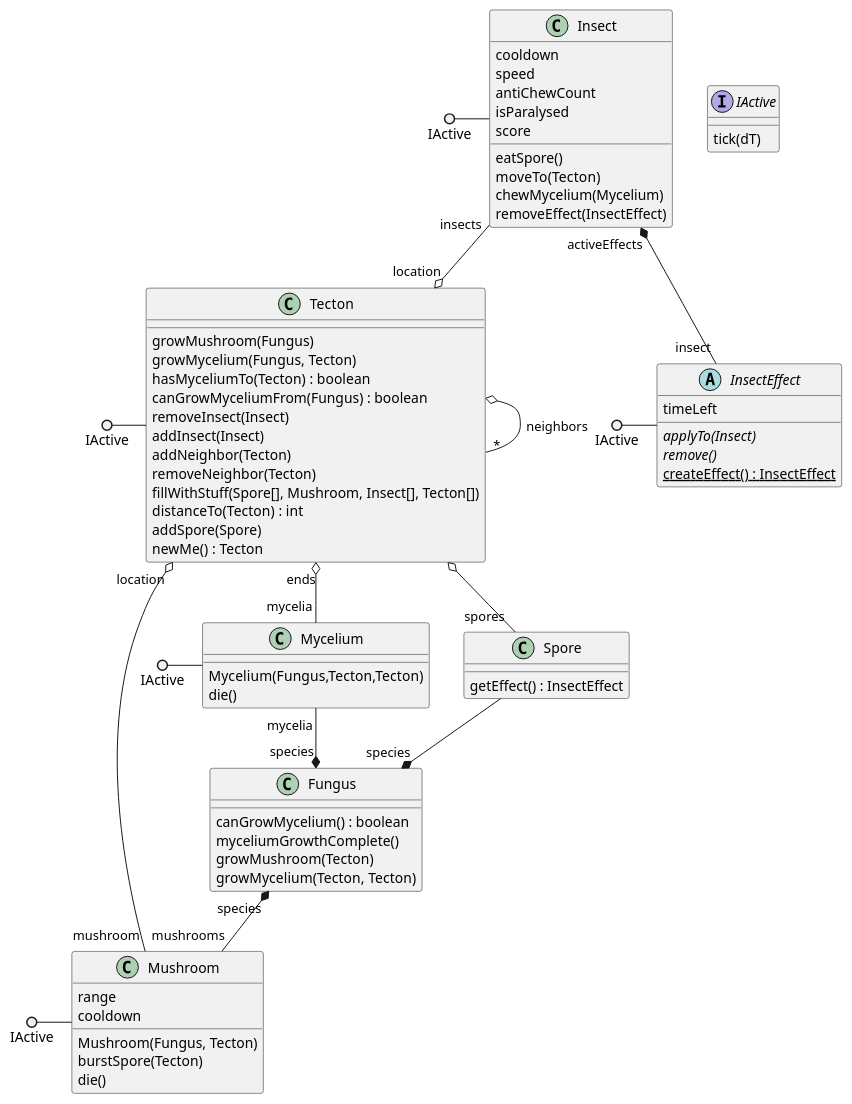
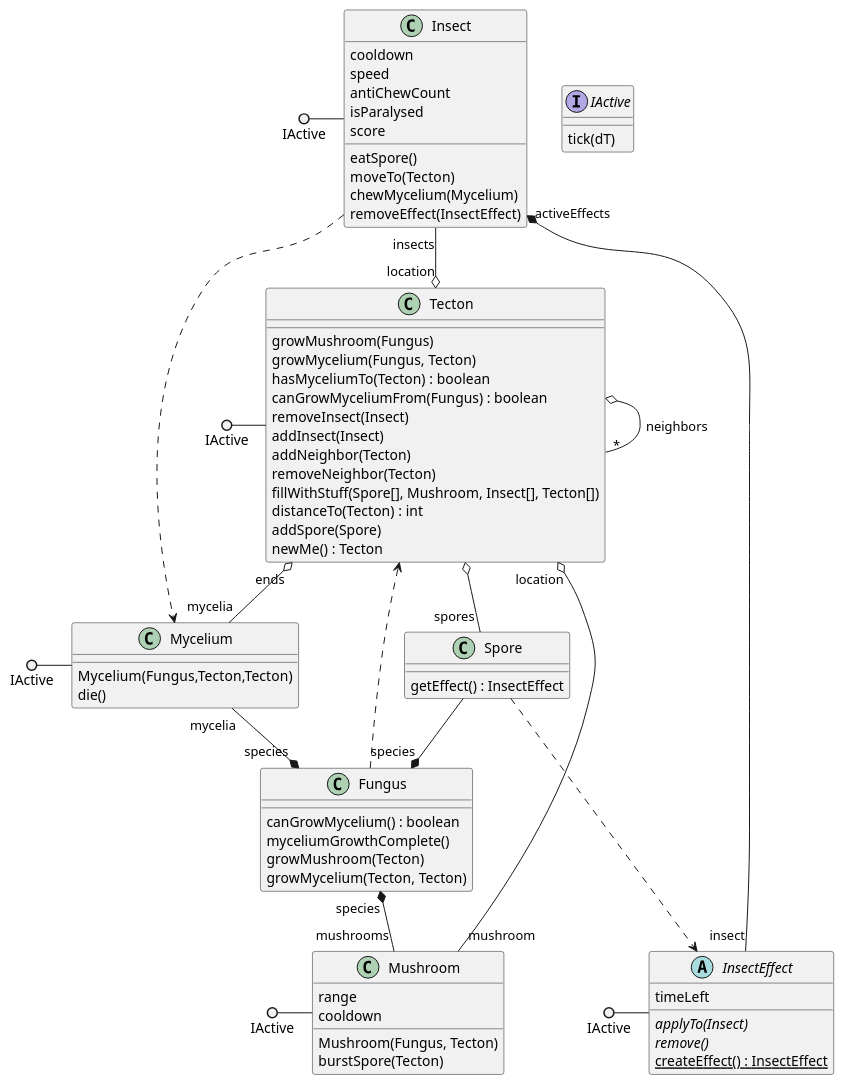
The diagram in classes.pu (ZD4ve/projlab-error521), drawn with PlantUML before and after one commit.

Commit message:
added dep to class diagram

```diff
--- a/classes.pu
+++ b/classes.pu
@@ -1,74 +1,77 @@
 @startuml classes
 interface IActive {
     tick(dT)
 }
 class Tecton {
     growMushroom(Fungus)
     growMycelium(Fungus, Tecton)
     hasMyceliumTo(Tecton) : boolean
     canGrowMyceliumFrom(Fungus) : boolean
     removeInsect(Insect)
     addInsect(Insect)
     addNeighbor(Tecton)
     removeNeighbor(Tecton)
     fillWithStuff(Spore[], Mushroom, Insect[], Tecton[])
     distanceTo(Tecton) : int
     addSpore(Spore)
     newMe() : Tecton
 }
 class Fungus {
     canGrowMycelium() : boolean
     myceliumGrowthComplete()
     growMushroom(Tecton)
     growMycelium(Tecton, Tecton)
 }
 class Mycelium {
     Mycelium(Fungus,Tecton,Tecton)
     die()
 }
 class Mushroom {
     range
     cooldown
     Mushroom(Fungus, Tecton)
     burstSpore(Tecton)
-    die()
 }
 class Spore {
     getEffect() : InsectEffect
 }
 class Insect {
     cooldown
     speed
     antiChewCount
     isParalysed
     score
     eatSpore()
     moveTo(Tecton)
     chewMycelium(Mycelium)
     removeEffect(InsectEffect)
 }
 abstract InsectEffect {
     timeLeft
     {abstract} applyTo(Insect)
     {abstract} remove()
     {static} createEffect() : InsectEffect
 }
 
 IActive ()- Tecton
 IActive ()- Mushroom
 IActive ()- Mycelium
 IActive ()- Insect
 IActive ()- InsectEffect
 
 Tecton o-- "*" Tecton : neighbors
 Tecton "ends" o-- "mycelia" Mycelium
 Tecton o-- "spores" Spore
 Tecton "location" o-- "mushroom" Mushroom
 
 Mycelium "mycelia" --* "species" Fungus
 Insect "activeEffects" *-- "insect" InsectEffect
 Insect "insects" --o "location" Tecton
 Fungus "species" *-- "mushrooms" Mushroom
 Spore --* "species" Fungus
 
+Fungus ...> Tecton
+Spore ...> InsectEffect
+Insect ...> Mycelium
+
 @enduml
```
